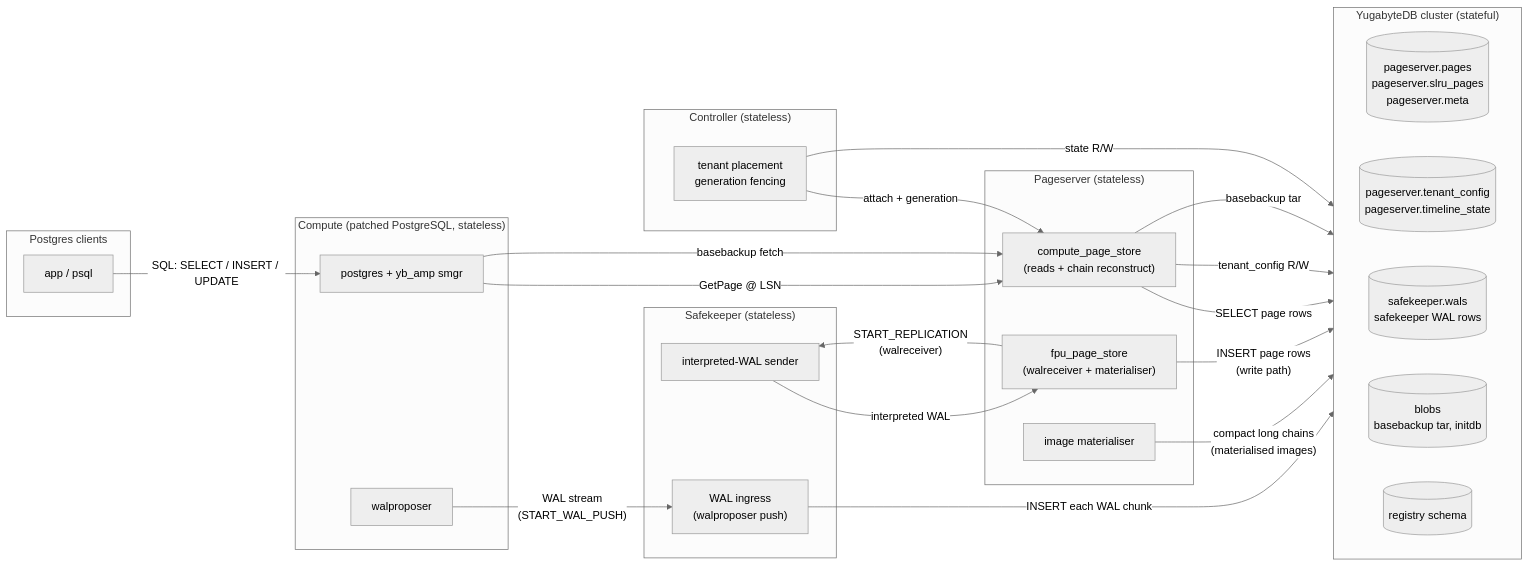
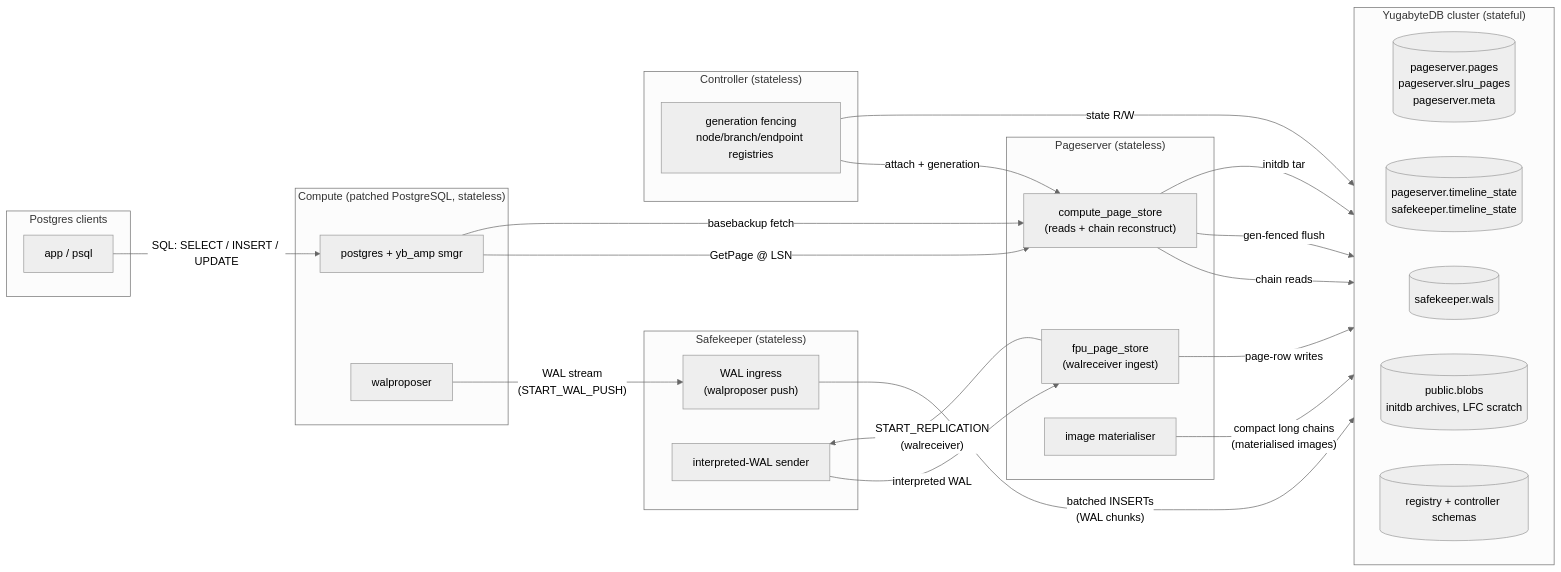
The diagram in compute/architecture/high-level.md (yugabyte/meko), drawn with Mermaid (neutral theme) before and after one commit. The commit also changed other lines of this file and 31 other files, not shown here.

````diff
--- a/compute/architecture/high-level.md
+++ b/compute/architecture/high-level.md
@@ -5,50 +12,50 @@
 ```mermaid
 flowchart LR
     subgraph clients["Postgres clients"]
         app["app / psql"]
     end
 
     subgraph compute["Compute (patched PostgreSQL, stateless)"]
         pg["postgres + yb_amp smgr"]
         wp["walproposer"]
     end
 
     subgraph sk["Safekeeper (stateless)"]
+        skp["WAL ingress<br/>(walproposer push)"]
         sks["interpreted-WAL sender"]
-        skp["WAL ingress<br/>(walproposer push)"]
     end
 
     subgraph ps["Pageserver (stateless)"]
         cps["compute_page_store<br/>(reads + chain reconstruct)"]
-        fps["fpu_page_store<br/>(walreceiver + materialiser)"]
+        fps["fpu_page_store<br/>(walreceiver ingest)"]
         mat["image materialiser"]
     end
 
     subgraph sc["Controller (stateless)"]
-        sct["tenant placement<br/>generation fencing"]
+        sct["generation fencing<br/>node/branch/endpoint registries"]
     end
 
     subgraph yb["YugabyteDB cluster (stateful)"]
         direction LR
         tblPages[("pageserver.pages<br/>pageserver.slru_pages<br/>pageserver.meta")]
-        tblConf[("pageserver.tenant_config<br/>pageserver.timeline_state")]
-        tblWal[("safekeeper.wals<br/>safekeeper WAL rows")]
-        tblBlob[("blobs<br/>basebackup tar, initdb")]
-        tblSc[("registry schema")]
+        tblState[("pageserver.timeline_state<br/>safekeeper.timeline_state")]
+        tblWal[("safekeeper.wals")]
+        tblBlob[("public.blobs<br/>initdb archives, LFC scratch")]
+        tblSc[("registry + controller schemas")]
     end
 
     app -- "SQL: SELECT / INSERT / UPDATE" --> pg
     pg -- "GetPage @ LSN" --> cps
     wp -- "WAL stream<br/>(START_WAL_PUSH)" --> skp
-    skp -- "INSERT each WAL chunk" --> tblWal
+    skp -- "batched INSERTs<br/>(WAL chunks)" --> tblWal
     fps -- "START_REPLICATION<br/>(walreceiver)" --> sks
     sks -- "interpreted WAL" --> fps
-    cps -- "SELECT page rows" --> tblPages
-    fps -- "INSERT page rows<br/>(write path)" --> tblPages
+    cps -- "chain reads" --> tblPages
+    fps -- "page-row writes" --> tblPages
     mat -- "compact long chains<br/>(materialised images)" --> tblPages
-    cps -- "tenant_config R/W" --> tblConf
+    cps -- "gen-fenced flush" --> tblState
     sct -- "attach + generation" --> cps
     sct -- "state R/W" --> tblSc
-    cps -- "basebackup tar" --> tblBlob
+    cps -- "initdb tar" --> tblBlob
     pg -- "basebackup fetch" --> cps
 ```
````
